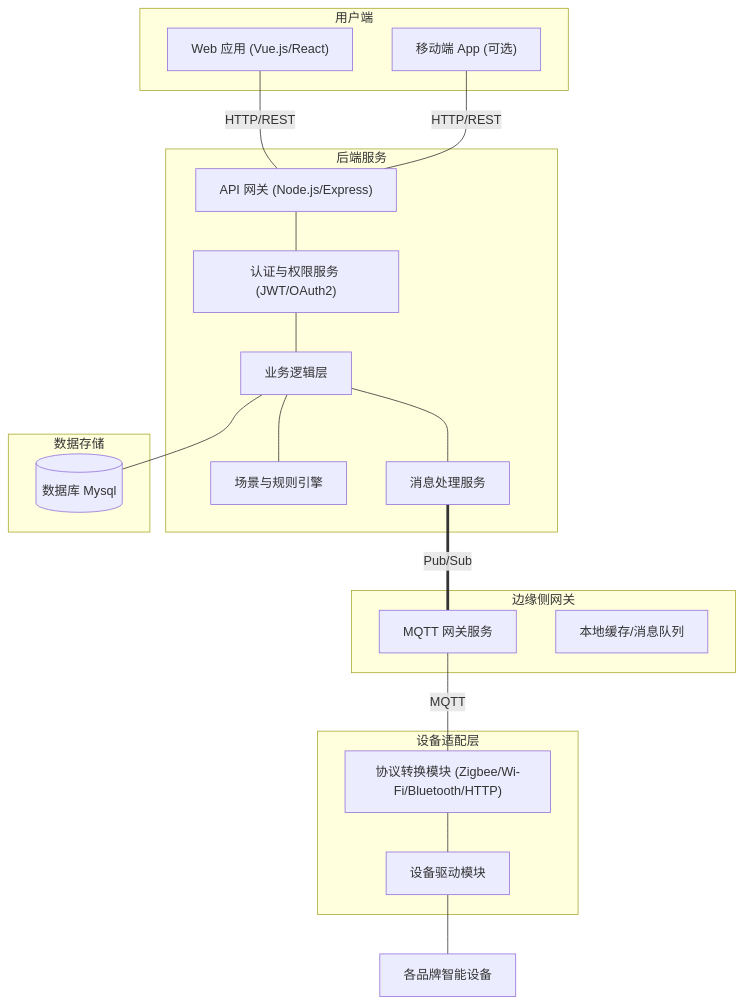
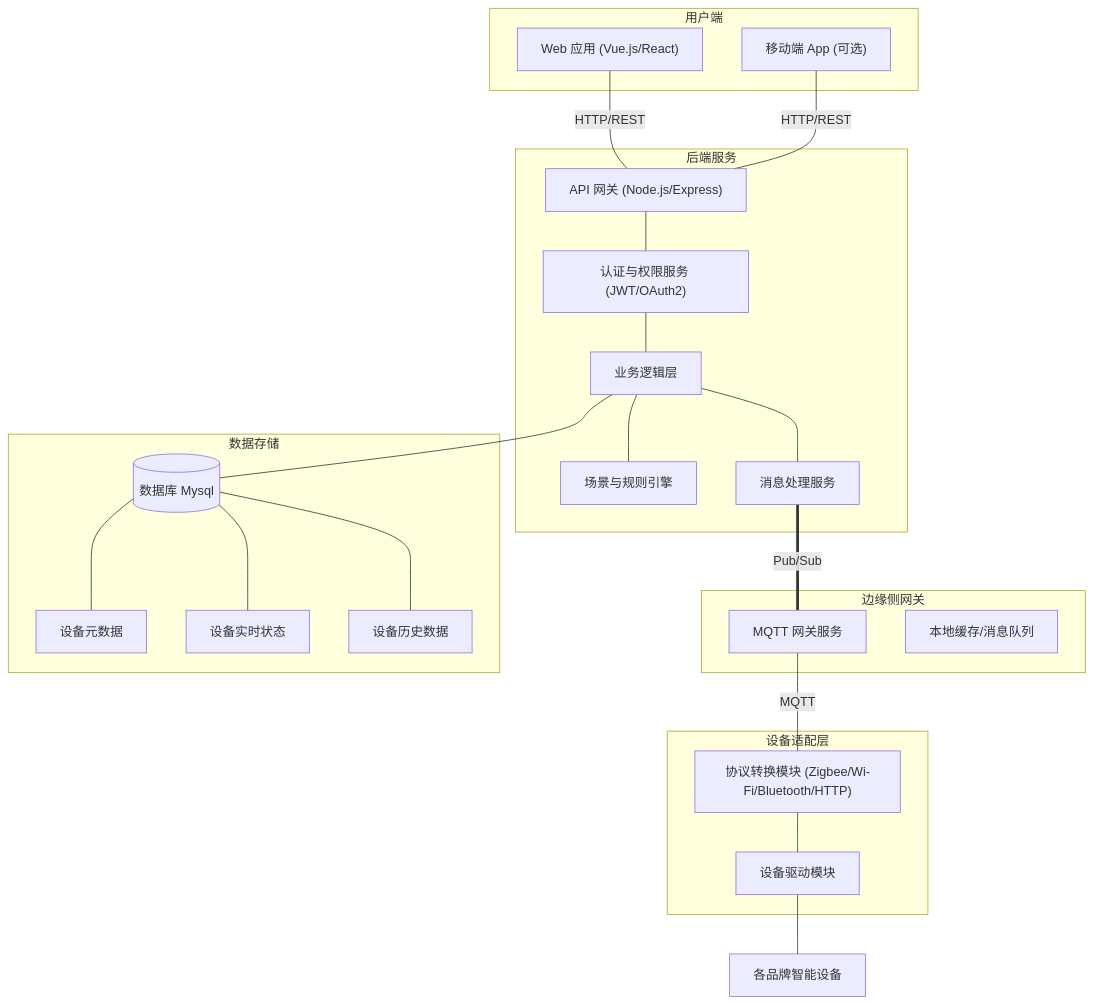
The diagram in README.md (KDAIer/yatmosphere), drawn with Mermaid before and after one commit. The commit also changed other lines of this file, not shown here.

````diff
--- a/README.md
+++ b/README.md
@@ -57,41 +58,47 @@
 ```mermaid
 flowchart TB
     subgraph 用户端
         A1["Web 应用 (Vue.js/React)"]  
         A2["移动端 App (可选)"]  
     end
 
     subgraph 边缘侧网关
         B1["MQTT 网关服务"]
         B2["本地缓存/消息队列"]
     end
 
     subgraph 后端服务
         C1["API 网关 (Node.js/Express)"]
         C2["认证与权限服务 (JWT/OAuth2)"]
         C3["业务逻辑层"]
         C4["场景与规则引擎"]
         C5["消息处理服务"]
     end
 
     subgraph 设备适配层
         D1["设备驱动模块"]
         D2["协议转换模块 (Zigbee/Wi-Fi/Bluetooth/HTTP)"]
     end
 
     subgraph 数据存储
         E1[(数据库 Mysql)]
+        E2["设备元数据"]
+        E3["设备实时状态"]
+        E4["设备历史数据"]
     end
 
     A1 ---|HTTP/REST| C1
     A2 ---|HTTP/REST| C1
     C1 --- C2
     C2 --- C3
     C3 --- C4
     C3 --- C5
     C5 ===|Pub/Sub| B1
     B1 ---|MQTT| D2
     D2 --- D1
     D1 --- Devices[各品牌智能设备]
     C3 --- E1
+    E1 --- E2
+    E1 --- E3
+    E1 --- E4
 ```
````
